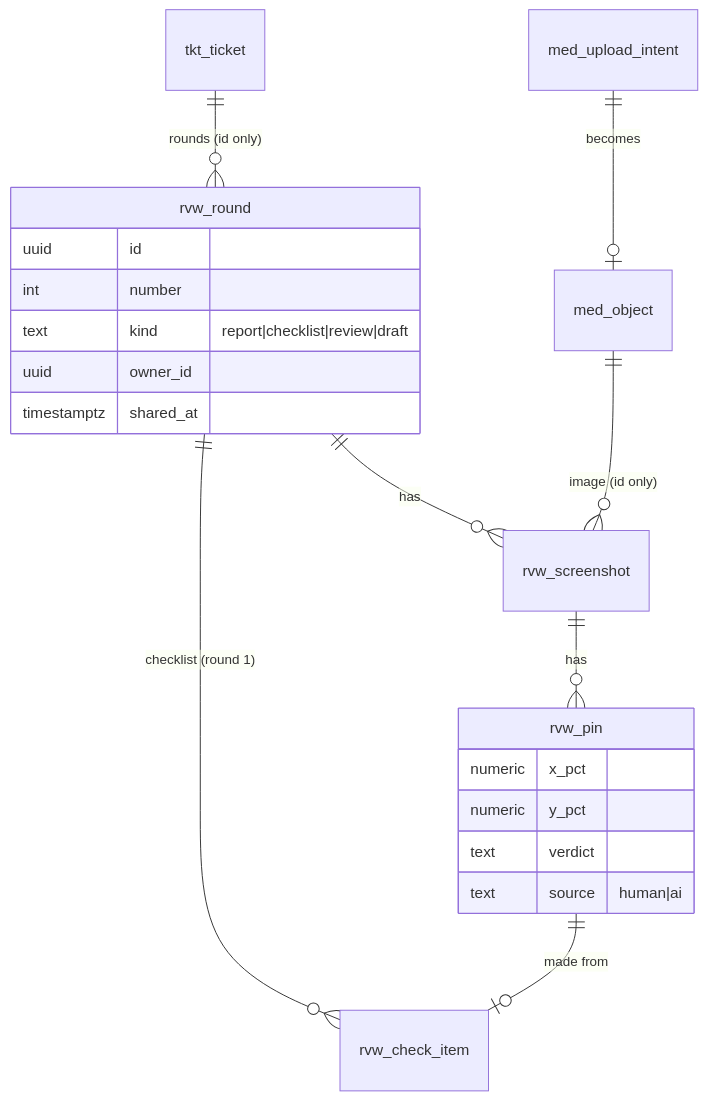
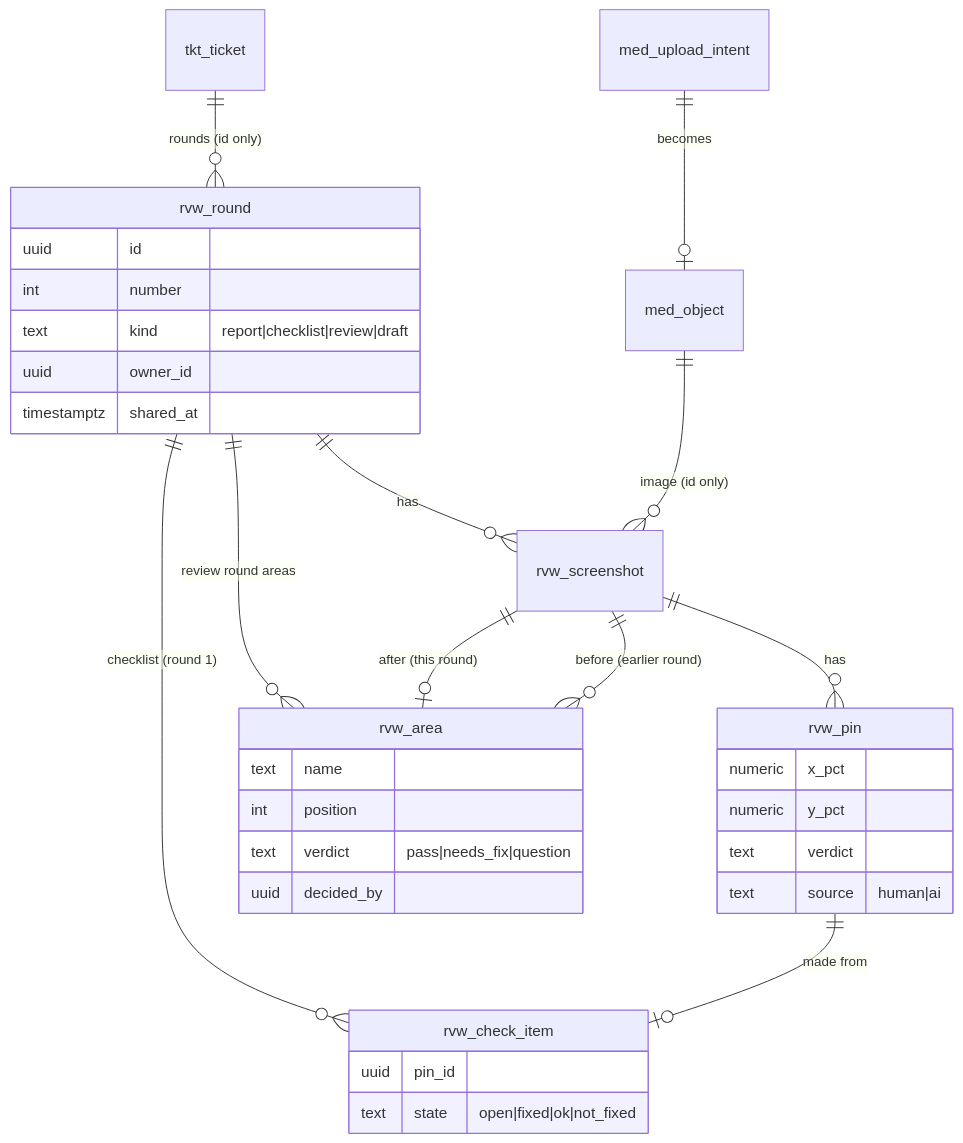
The third of 4 diagrams in docs/02-architecture/data-model.md (Mir-Zairan/pinround-symfony), drawn with Mermaid before and after one commit. The commit also changed other lines of this file and 4 other files, not shown here.

First line of the commit message:
Write rvw_area and the review-verdict rule into the architecture docs and audit the phase 5 Definition of done

````diff
--- a/docs/02-architecture/data-model.md
+++ b/docs/02-architecture/data-model.md
@@ -113,23 +113,36 @@
 ```mermaid
 erDiagram
   tkt_ticket ||--o{ rvw_round : "rounds (id only)"
   rvw_round ||--o{ rvw_screenshot : has
   rvw_screenshot ||--o{ rvw_pin : has
   rvw_round ||--o{ rvw_check_item : "checklist (round 1)"
   rvw_pin ||--o| rvw_check_item : "made from"
+  rvw_round ||--o{ rvw_area : "review round areas"
+  rvw_screenshot ||--o| rvw_area : "after (this round)"
+  rvw_screenshot ||--o{ rvw_area : "before (earlier round)"
   med_object ||--o{ rvw_screenshot : "image (id only)"
   med_upload_intent ||--o| med_object : becomes
   rvw_round {
     uuid id
     int number
     text kind "report|checklist|review|draft"
     uuid owner_id
     timestamptz shared_at
   }
   rvw_pin {
     numeric x_pct
     numeric y_pct
     text verdict
     text source "human|ai"
   }
+  rvw_area {
+    text name
+    int position
+    text verdict "pass|needs_fix|question"
+    uuid decided_by
+  }
+  rvw_check_item {
+    uuid pin_id
+    text state "open|fixed|ok|not_fixed"
+  }
 ```
````
